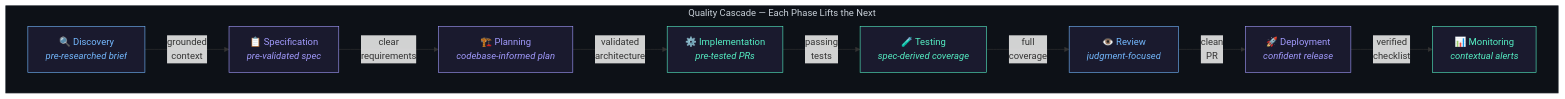
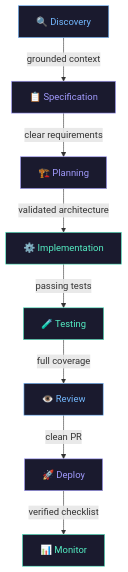
One commit to xlozinguez/ai-hype-watcher changed the eighth of 8 diagrams in research/2026-04-04-sdlc-agent-feedback-loops.md. Above: the diagram before and after it, drawn with Mermaid. The commit also changed other lines of this file and 1 other file, not shown here.

First line of the commit message:
fix: Make diagrams mobile-friendly

````diff
--- a/research/2026-04-04-sdlc-agent-feedback-loops.md
+++ b/research/2026-04-04-sdlc-agent-feedback-loops.md
@@ -424,26 +370,19 @@
 ```mermaid
-graph LR
-    subgraph CASCADE["Quality Cascade — Each Phase Lifts the Next"]
-        direction LR
-        D["🔍 Discovery\n<i>pre-researched brief</i>"]
-        S["📋 Specification\n<i>pre-validated spec</i>"]
-        P["🏗️ Planning\n<i>codebase-informed plan</i>"]
-        I["⚙️ Implementation\n<i>pre-tested PRs</i>"]
-        T["🧪 Testing\n<i>spec-derived coverage</i>"]
-        R["👁️ Review\n<i>judgment-focused</i>"]
-        DEP["🚀 Deployment\n<i>confident release</i>"]
-        M["📊 Monitoring\n<i>contextual alerts</i>"]
+graph TD
+    D["🔍 Discovery"] -->|grounded context| S["📋 Specification"]
+    S -->|clear requirements| P["🏗️ Planning"]
+    P -->|validated architecture| I["⚙️ Implementation"]
+    I -->|passing tests| T["🧪 Testing"]
+    T -->|full coverage| R["👁️ Review"]
+    R -->|clean PR| DEP["🚀 Deploy"]
+    DEP -->|verified checklist| M["📊 Monitor"]
 
-        D -->|"grounded\ncontext"| S -->|"clear\nrequirements"| P -->|"validated\narchitecture"| I -->|"passing\ntests"| T -->|"full\ncoverage"| R -->|"clean\nPR"| DEP -->|"verified\nchecklist"| M
-    end
-
-    style CASCADE fill:#0d1117,stroke:#30363d,color:#c9d1d9
     style D fill:#1a1a2e,stroke:#74b9ff,color:#74b9ff
     style S fill:#1a1a2e,stroke:#a29bfe,color:#a29bfe
     style P fill:#1a1a2e,stroke:#a29bfe,color:#a29bfe
     style I fill:#1a1a2e,stroke:#55efc4,color:#55efc4
     style T fill:#1a1a2e,stroke:#55efc4,color:#55efc4
     style R fill:#1a1a2e,stroke:#74b9ff,color:#74b9ff
     style DEP fill:#1a1a2e,stroke:#a29bfe,color:#a29bfe
     style M fill:#1a1a2e,stroke:#55efc4,color:#55efc4
 ```
````
